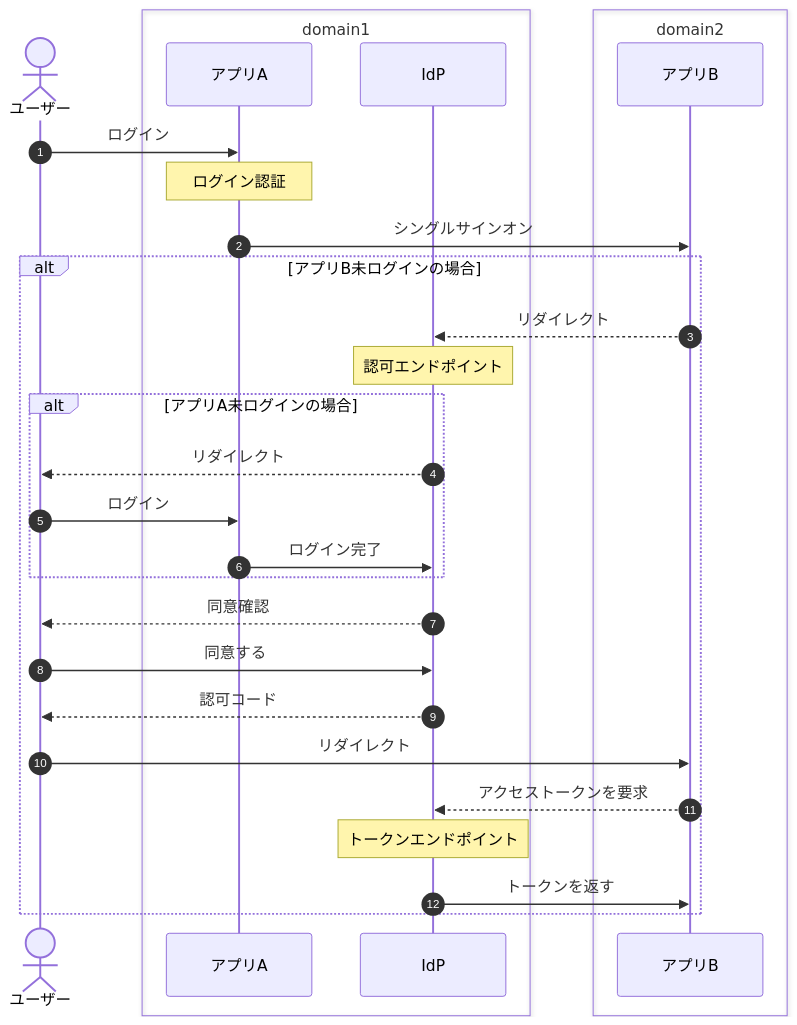
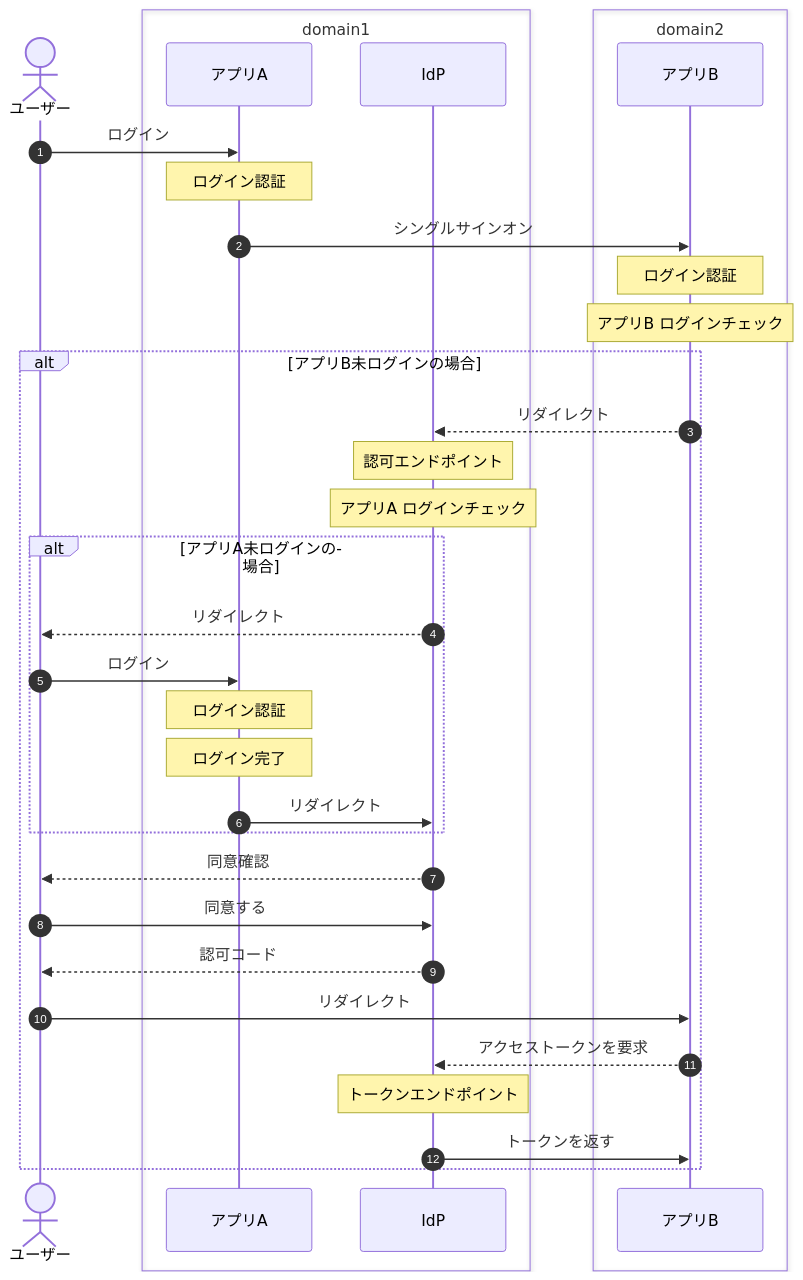
One commit to sudo-yoko/portfolio-java changed the diagram in README.md. Above: the diagram before and after it, drawn with Mermaid.

````diff
--- a/README.md
+++ b/README.md
@@ -14,31 +14,36 @@
 ```mermaid
 sequenceDiagram
     autonumber
     actor ユーザー
     box domain1
         participant アプリA
         participant IdP
     end
     box domain2
         participant アプリB
     end
     ユーザー->>アプリA: ログイン
     Note over アプリA: ログイン認証
     アプリA->>アプリB: シングルサインオン
+    Note over アプリB: ログイン認証
+    Note over アプリB: アプリB ログインチェック
     alt アプリB未ログインの場合
         アプリB-->>IdP: リダイレクト
         Note over IdP: 認可エンドポイント
+        Note over IdP: アプリA ログインチェック
         alt アプリA未ログインの場合
             IdP-->>ユーザー: リダイレクト
             ユーザー->>アプリA: ログイン
-            アプリA->>IdP: ログイン完了
+            Note over アプリA: ログイン認証
+            Note over アプリA: ログイン完了
+            アプリA->>IdP: リダイレクト
         end
         IdP-->>ユーザー: 同意確認
         ユーザー->>IdP: 同意する
         IdP-->>ユーザー: 認可コード
         ユーザー->>アプリB: リダイレクト
         アプリB-->>IdP: アクセストークンを要求
         Note over IdP: トークンエンドポイント
         IdP->>アプリB: トークンを返す
     end
 ```
````
